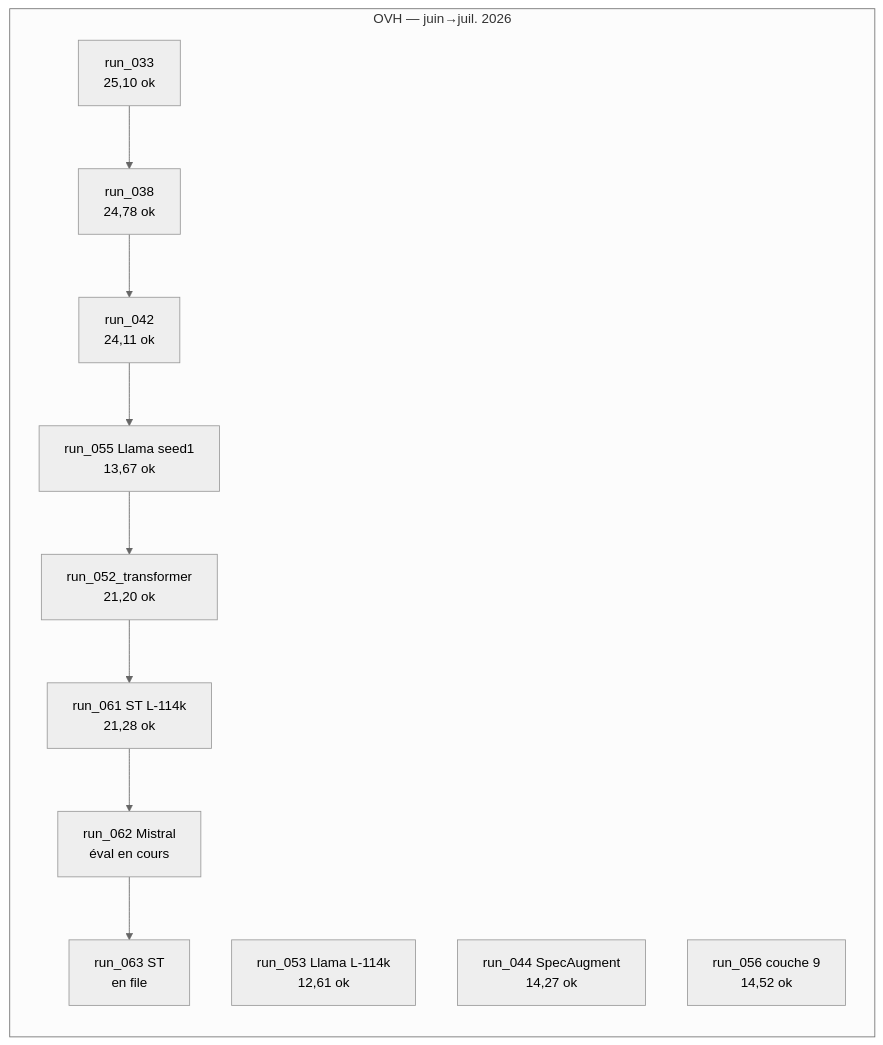
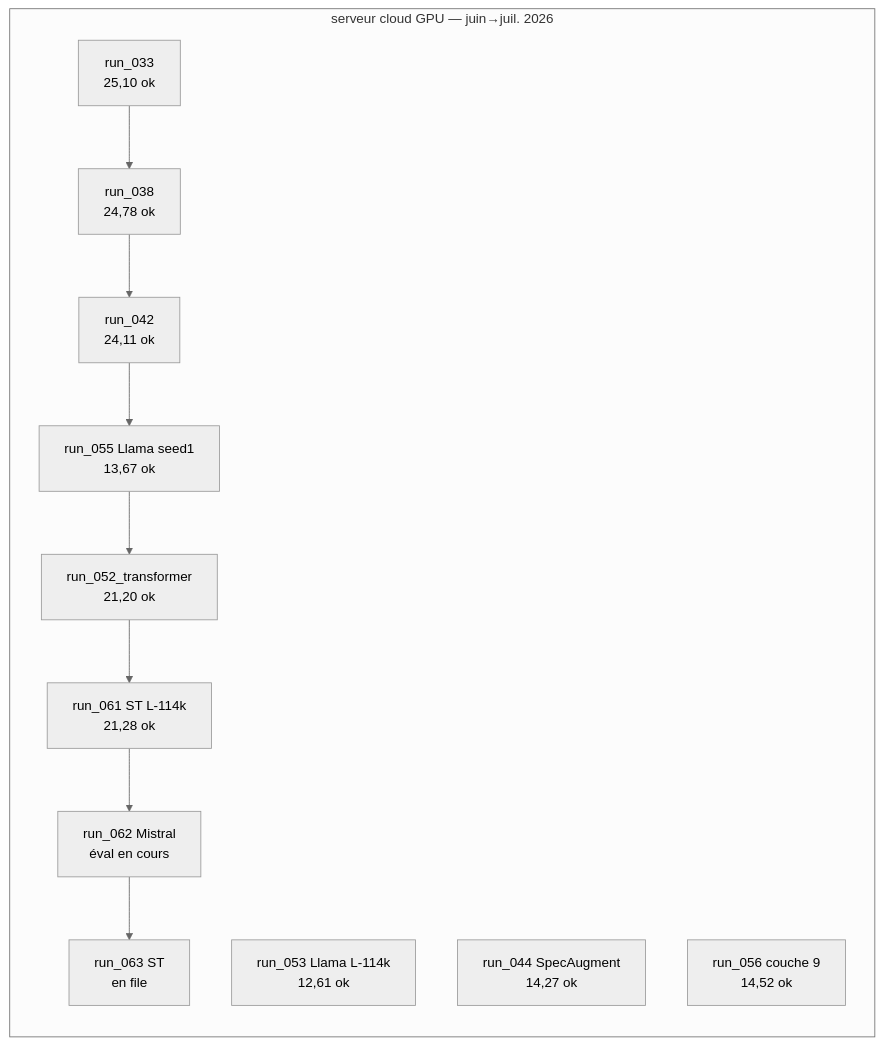
The first of 2 diagrams in documentation/recommandations.md (crispyfunicular/Pantagruel_S3T), drawn with Mermaid (neutral theme) before and after one commit. The commit also changed other lines of this file and 16 other files, not shown here.

````diff
--- a/documentation/recommandations.md
+++ b/documentation/recommandations.md
@@ -89,17 +92,17 @@
 ```mermaid
 flowchart LR
-  subgraph ovh [OVH — juin→juil. 2026]
+  subgraph serveur cloud GPU [serveur cloud GPU — juin→juil. 2026]
     r033["run_033\n25,10 ok"]
     r038["run_038\n24,78 ok"]
     r042["run_042\n24,11 ok"]
     r053["run_053 Llama L-114k\n12,61 ok"]
     r044["run_044 SpecAugment\n14,27 ok"]
     r056["run_056 couche 9\n14,52 ok"]
     r055["run_055 Llama seed1\n13,67 ok"]
     r052t["run_052_transformer\n21,20 ok"]
     r061["run_061 ST L-114k\n21,28 ok"]
     r062["run_062 Mistral\néval en cours"]
     r063["run_063 ST\nen file"]
     r033 --> r038 --> r042 --> r055 --> r052t --> r061 --> r062 --> r063
   end
 ```
````
